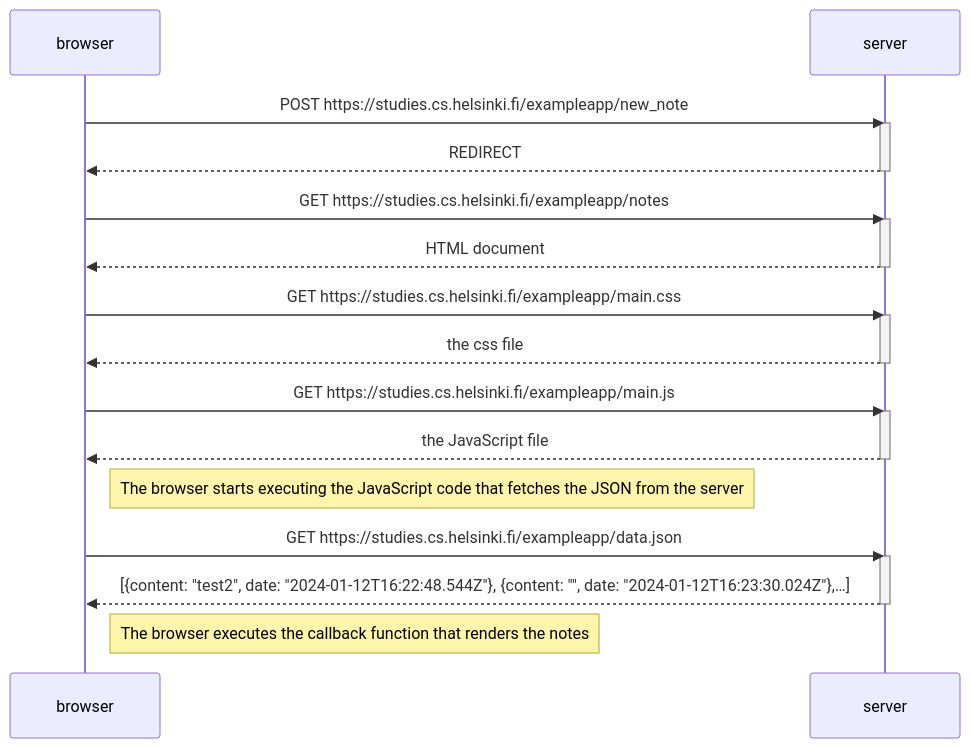
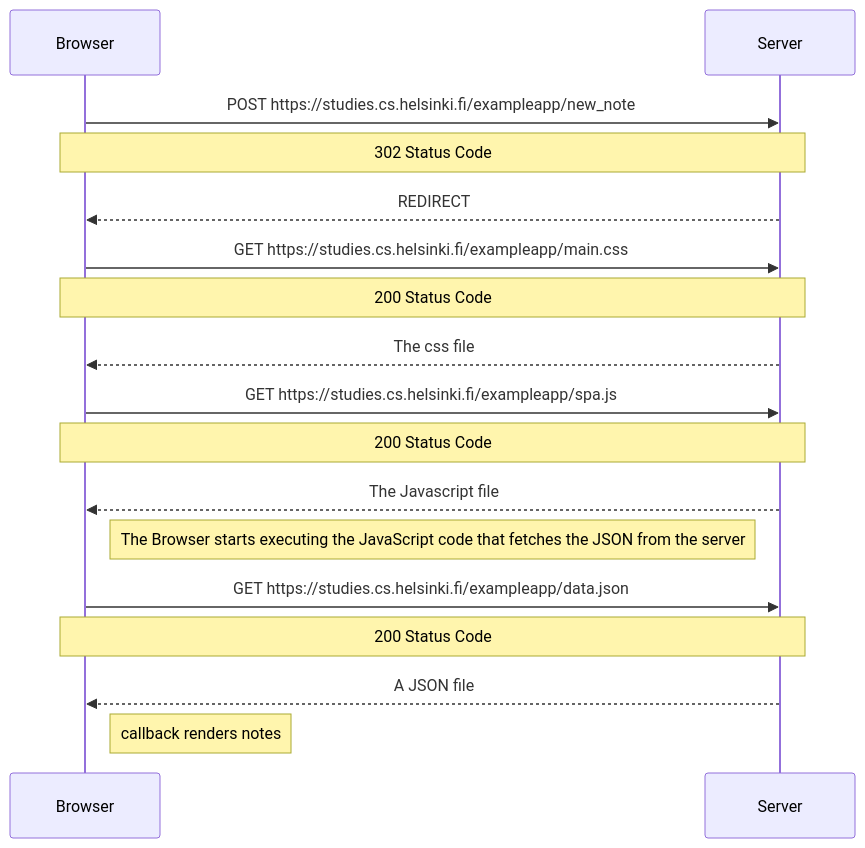
The diagram in Exercise04.md (Blaez-maker/Submissions), drawn with Mermaid before and after one commit.

````diff
--- a/Exercise04.md
+++ b/Exercise04.md
@@ -1,34 +1,22 @@
 ```mermaid
 sequenceDiagram
-    participant browser
-    participant server
-
-    browser->>server: POST https://studies.cs.helsinki.fi/exampleapp/new_note
-    activate server
-    server-->>browser: REDIRECT
-    deactivate server
     
-    browser->>server: GET https://studies.cs.helsinki.fi/exampleapp/notes
-    activate server
-    server-->>browser: HTML document
-    deactivate server
-
-    browser->>server: GET https://studies.cs.helsinki.fi/exampleapp/main.css
-    activate server
-    server-->>browser: the css file
-    deactivate server
-
-    browser->>server: GET https://studies.cs.helsinki.fi/exampleapp/main.js
-    activate server
-    server-->>browser: the JavaScript file
-    deactivate server
-
-    Note right of browser: The browser starts executing the JavaScript code that fetches the JSON from the server
-
-    browser->>server: GET https://studies.cs.helsinki.fi/exampleapp/data.json
-    activate server
-    server-->>browser: [{content: "test2", date: "2024-01-12T16:22:48.544Z"}, {content: "", date: "2024-01-12T16:23:30.024Z"},…]
-    deactivate server
-
-    Note right of browser: The browser executes the callback function that renders the notes
+    Browser->>Server: POST https://studies.cs.helsinki.fi/exampleapp/new_note
+    Note over Browser,Server: 302 Status Code
+    Server-->>Browser: REDIRECT
+    
+    Browser->>Server: GET https://studies.cs.helsinki.fi/exampleapp/main.css
+    Note over Browser,Server: 200 Status Code
+    Server-->>Browser: The css file
+    
+    Browser->>Server: GET https://studies.cs.helsinki.fi/exampleapp/spa.js
+    Note over Browser,Server: 200 Status Code
+    Server-->>Browser: The Javascript file
+    
+    Note right of Browser: The Browser starts executing the JavaScript code that fetches the JSON from the server
+    
+    Browser->>Server: GET https://studies.cs.helsinki.fi/exampleapp/data.json
+    Note over Browser,Server: 200 Status Code
+    Server-->>Browser: A JSON file
+    Note right of Browser: callback renders notes
 ```
````
